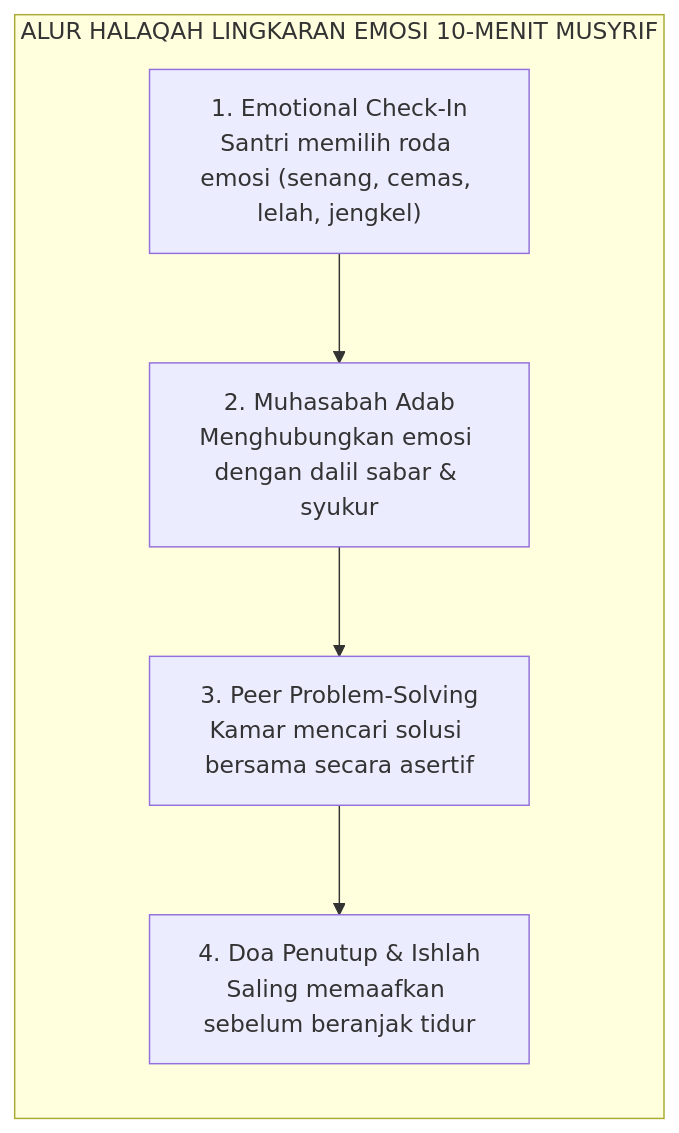
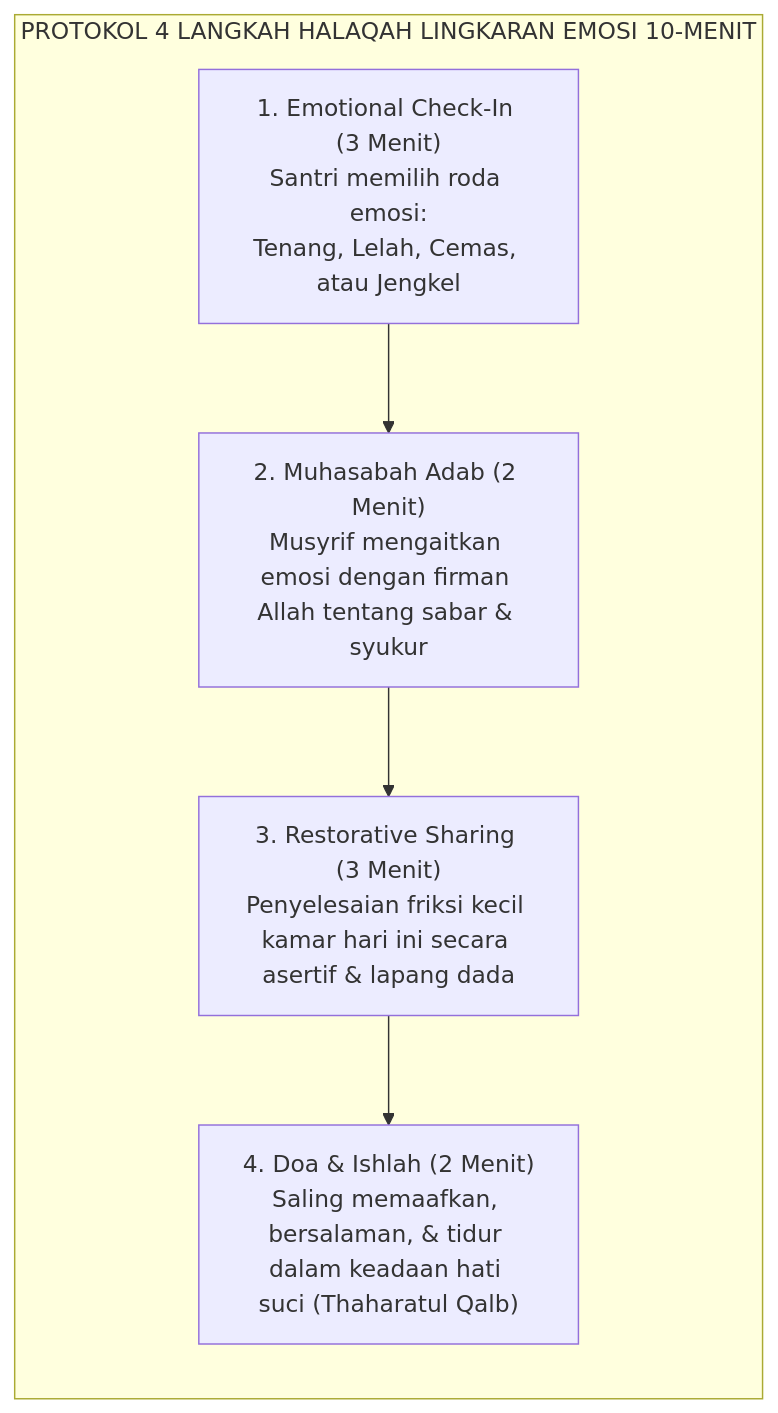
Before and after one commit to wandiapriliyandi/tumbuh: the fourth of 4 diagrams in BOOK-SERIES/Volume-02/Bab-01-Arsitektur-Kapasitas-Holistik-Berbasis-Fitrah/03-Integrasi-Taksonomi-Adab-Turats-dengan-CASEL-SEL.md, drawn with Mermaid. The commit also changed other lines of this file and 18 other files, not shown here.

````diff
--- a/BOOK-SERIES/Volume-02/Bab-01-Arsitektur-Kapasitas-Holistik-Berbasis-Fitrah/03-Integrasi-Taksonomi-Adab-Turats-dengan-CASEL-SEL.md
+++ b/BOOK-SERIES/Volume-02/Bab-01-Arsitektur-Kapasitas-Holistik-Berbasis-Fitrah/03-Integrasi-Taksonomi-Adab-Turats-dengan-CASEL-SEL.md
@@ -70,11 +112,11 @@
 ```mermaid
 graph LR
-    subgraph LingkaranEmosi["ALUR HALAQAH LINGKARAN EMOSI 10-MENIT MUSYRIF"]
-        CheckIn["1. Emotional Check-In<br/>Santri memilih roda emosi (senang, cemas, lelah, jengkel)"]
-        Refleksi["2. Muhasabah Adab<br/>Menghubungkan emosi dengan dalil sabar & syukur"]
-        Solusi["3. Peer Problem-Solving<br/>Kamar mencari solusi bersama secara asertif"]
-        Doa["4. Doa Penutup & Ishlah<br/>Saling memaafkan sebelum beranjak tidur"]
+    subgraph AlurEmotionCircle["PROTOKOL 4 LANGKAH HALAQAH LINGKARAN EMOSI 10-MENIT"]
+        L1["1. Emotional Check-In (3 Menit)<br/>Santri memilih roda emosi:<br/>Tenang, Lelah, Cemas, atau Jengkel"]
+        L2["2. Muhasabah Adab (2 Menit)<br/>Musyrif mengaitkan emosi dengan firman Allah tentang sabar & syukur"]
+        L3["3. Restorative Sharing (3 Menit)<br/>Penyelesaian friksi kecil kamar hari ini secara asertif & lapang dada"]
+        L4["4. Doa & Ishlah (2 Menit)<br/>Saling memaafkan, bersalaman, & tidur dalam keadaan hati suci (Thaharatul Qalb)"]
         
-        CheckIn --> Refleksi --> Solusi --> Doa
+        L1 --> L2 --> L3 --> L4
     end
 ```
````
